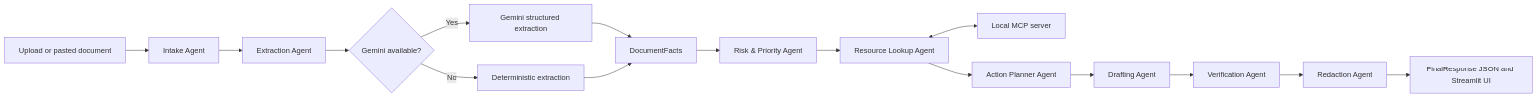
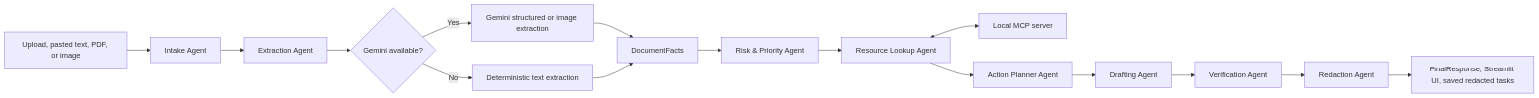
The diagram in README.md (Jeevang1-epic/nextstep-agent), drawn with Mermaid before and after one commit. The commit also changed other lines of this file and 14 other files, not shown here.

````diff
--- a/README.md
+++ b/README.md
@@ -34,18 +133,18 @@
 ```mermaid
 flowchart LR
-    A["Upload or pasted document"] --> B["Intake Agent"]
+    A["Upload, pasted text, PDF, or image"] --> B["Intake Agent"]
     B --> C["Extraction Agent"]
     C --> D{"Gemini available?"}
-    D -->|Yes| E["Gemini structured extraction"]
-    D -->|No| F["Deterministic extraction"]
+    D -->|Yes| E["Gemini structured or image extraction"]
+    D -->|No| F["Deterministic text extraction"]
     E --> G["DocumentFacts"]
     F --> G
     G --> H["Risk & Priority Agent"]
     H --> I["Resource Lookup Agent"]
     I <--> J["Local MCP server"]
     I --> K["Action Planner Agent"]
     K --> L["Drafting Agent"]
     L --> M["Verification Agent"]
     M --> N["Redaction Agent"]
-    N --> O["FinalResponse JSON and Streamlit UI"]
+    N --> O["FinalResponse, Streamlit UI, saved redacted tasks"]
 ```
````
